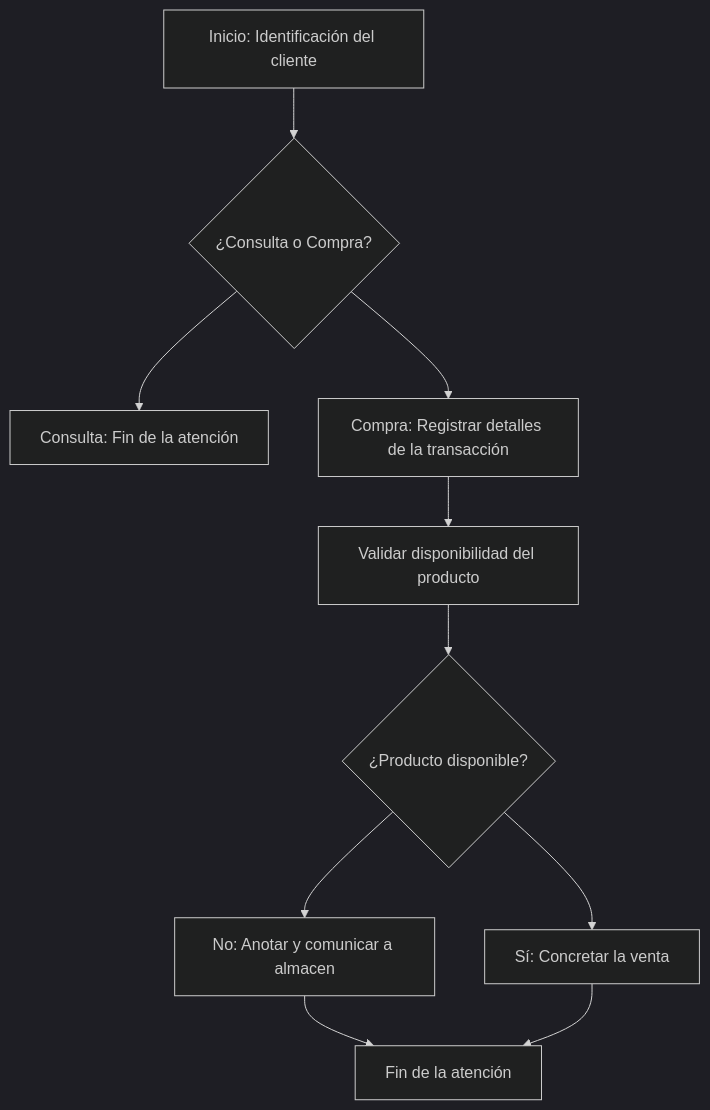
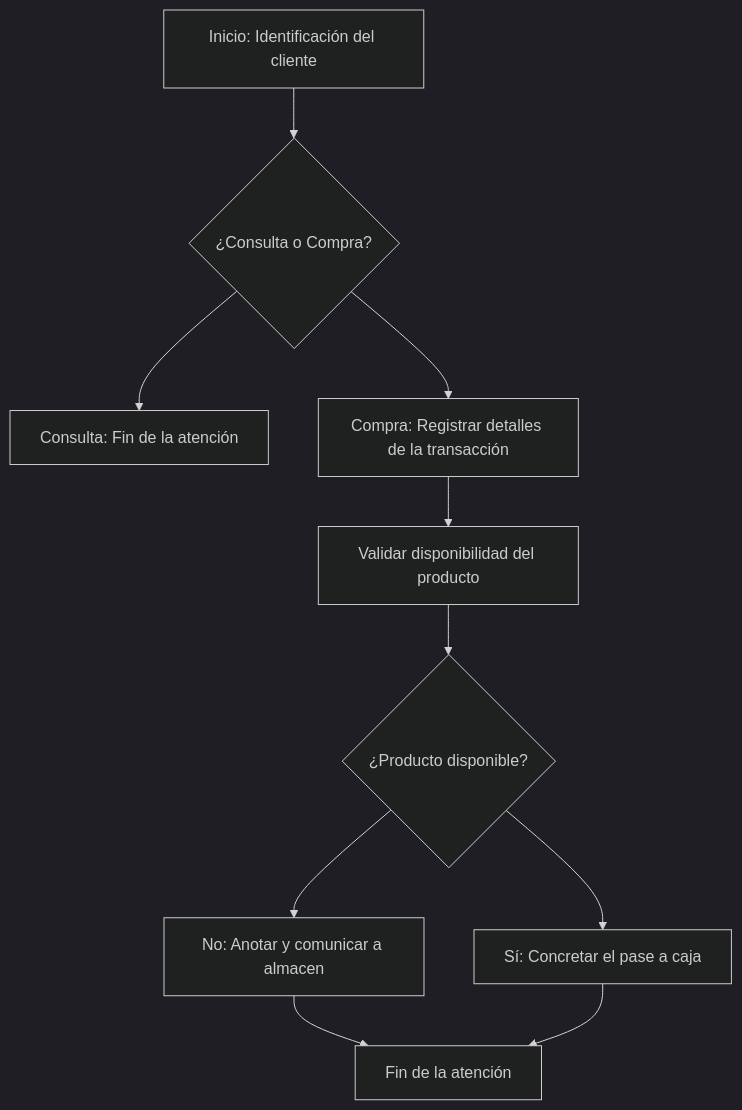
The diagram in proceso_farmacia.md (bererivcp/proceso_farmacia.md), drawn with Mermaid (dark theme) before and after one commit.

````diff
--- a/proceso_farmacia.md
+++ b/proceso_farmacia.md
@@ -2,14 +2,14 @@
 ```mermaid
 flowchart TD
     A[Inicio: Identificación del cliente]
     A --> B{¿Consulta o Compra?}
     B --> C[Consulta: Fin de la atención]
     B --> D[Compra: Registrar detalles de la transacción]
     D --> E[Validar disponibilidad del producto]
     E --> F{¿Producto disponible?}
     F --> G[No: Anotar y comunicar a almacen]
     G --> H[Fin de la atención]
-    F --> I[Sí: Concretar la venta]
+    F --> I[Sí: Concretar el pase a caja]
     I --> H
 
 ```
````
